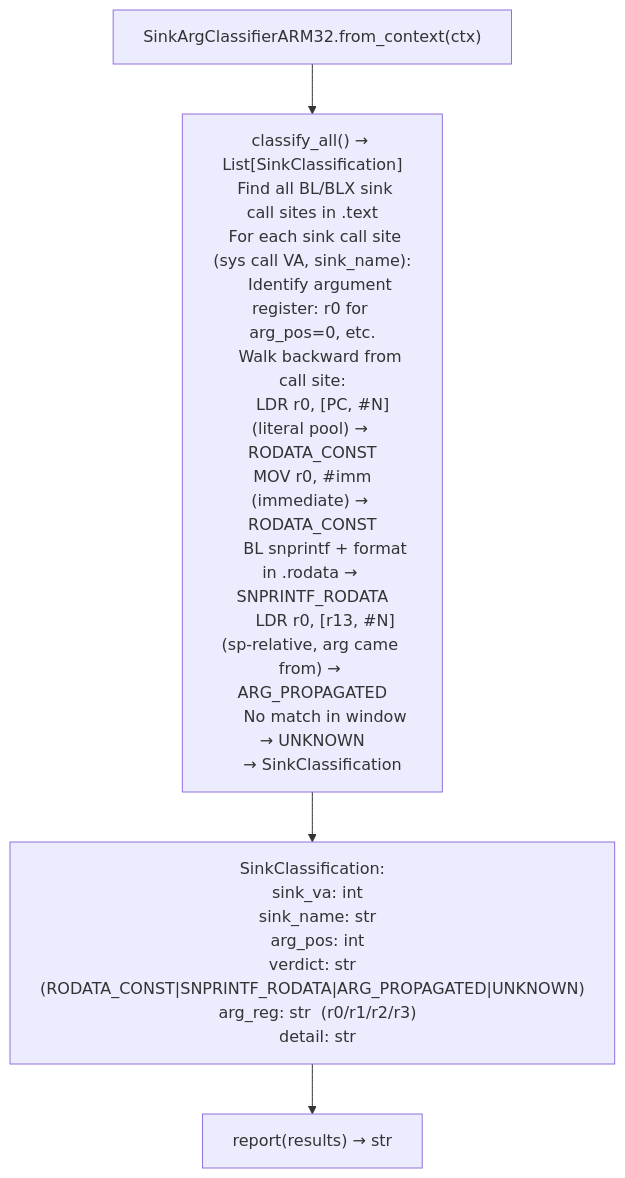
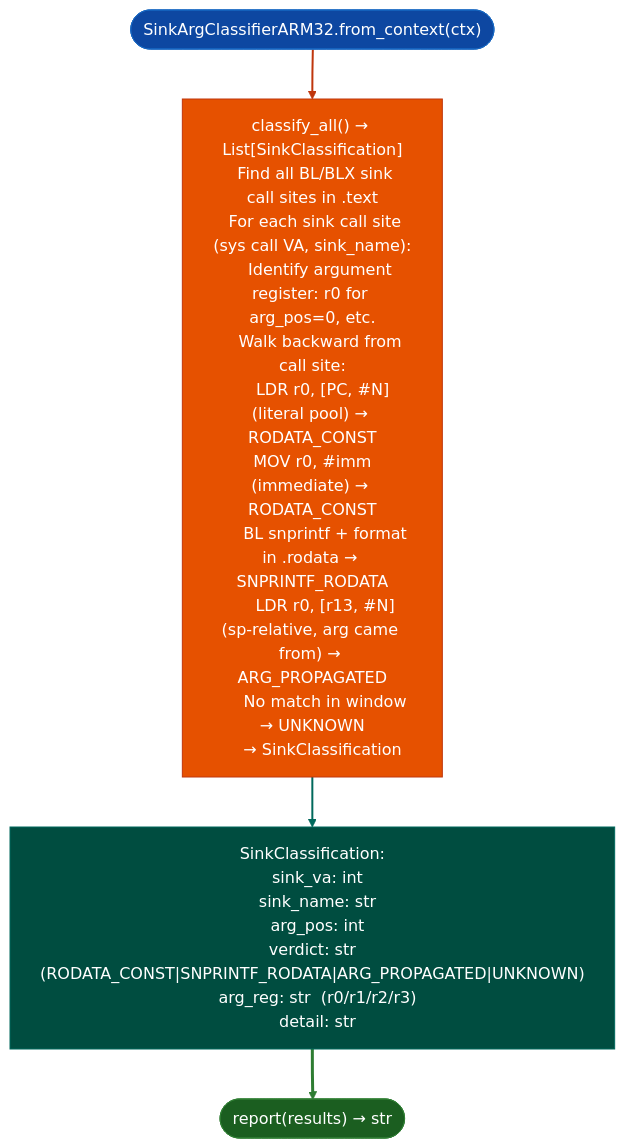
Before and after one commit to Ablation-Tool/ablation: the diagram in docs/reference-modules/lightweight-arm32-symbolic-execution.md, drawn with Mermaid. The commit also changed 320 other files, not shown here.

First line of the commit message:
docs: apply canonical Mermaid template to all 321 diagrams

````diff
--- a/docs/reference-modules/lightweight-arm32-symbolic-execution.md
+++ b/docs/reference-modules/lightweight-arm32-symbolic-execution.md
@@ -19,6 +19,15 @@
 ```mermaid
 flowchart TD
-    A["SinkArgClassifierARM32.from_context(ctx)"] --> B["classify_all() → List[SinkClassification]\n  Find all BL/BLX sink call sites in .text\n  For each sink call site (sys call VA, sink_name):\n    Identify argument register: r0 for arg_pos=0, etc.\n    Walk backward from call site:\n      LDR r0, [PC, #N]  (literal pool) → RODATA_CONST\n      MOV r0, #imm      (immediate) → RODATA_CONST\n      BL snprintf + format in .rodata → SNPRINTF_RODATA\n      LDR r0, [r13, #N] (sp-relative, arg came from) → ARG_PROPAGATED\n      No match in window → UNKNOWN\n    → SinkClassification"]
-    B --> C["SinkClassification:\n  sink_va: int\n  sink_name: str\n  arg_pos: int\n  verdict: str  (RODATA_CONST|SNPRINTF_RODATA|ARG_PROPAGATED|UNKNOWN)\n  arg_reg: str  (r0/r1/r2/r3)\n  detail: str"]
-    C --> D["report(results) → str"]
+    A(["SinkArgClassifierARM32.from_context(ctx)"]):::input --> B["classify_all() → List[SinkClassification]\n  Find all BL/BLX sink call sites in .text\n  For each sink call site (sys call VA, sink_name):\n    Identify argument register: r0 for arg_pos=0, etc.\n    Walk backward from call site:\n      LDR r0, [PC, #N]  (literal pool) → RODATA_CONST\n      MOV r0, #imm      (immediate) → RODATA_CONST\n      BL snprintf + format in .rodata → SNPRINTF_RODATA\n      LDR r0, [r13, #N] (sp-relative, arg came from) → ARG_PROPAGATED\n      No match in window → UNKNOWN\n    → SinkClassification"]:::primary
+    B:::primary --> C["SinkClassification:\n  sink_va: int\n  sink_name: str\n  arg_pos: int\n  verdict: str  (RODATA_CONST|SNPRINTF_RODATA|ARG_PROPAGATED|UNKNOWN)\n  arg_reg: str  (r0/r1/r2/r3)\n  detail: str"]:::secondary
+    C:::secondary --> D(["report(results) → str"]):::output
+    classDef input     fill:#0d47a1,stroke:#1565c0,color:#fff
+    classDef primary   fill:#e65100,stroke:#bf360c,color:#fff
+    classDef secondary fill:#004d40,stroke:#00695c,color:#fff
+    classDef tertiary  fill:#4a148c,stroke:#6a1b9a,color:#fff
+    classDef neutral   fill:#37474f,stroke:#546e7a,color:#fff
+    classDef output    fill:#1b5e20,stroke:#2e7d32,color:#fff
+    linkStyle 0 stroke:#bf360c,stroke-width:2px
+    linkStyle 1 stroke:#00695c,stroke-width:2px
+    linkStyle 2 stroke:#2e7d32,stroke-width:3px
 ```
````
